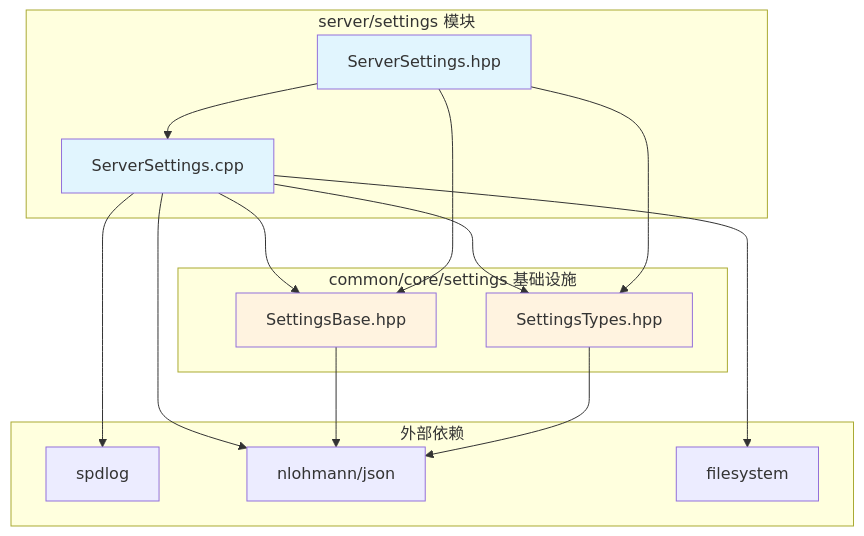
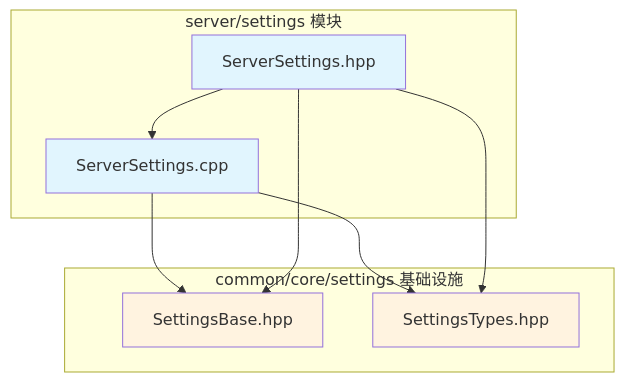
The diagram in src/server/settings/README.md (g122622/Cubium), drawn with Mermaid before and after one commit. The commit also changed other lines of this file and 298 other files, not shown here.

````diff
--- a/src/server/settings/README.md
+++ b/src/server/settings/README.md
@@ -126,32 +15,21 @@
 ```mermaid
 graph TB
     subgraph "server/settings 模块"
         A[ServerSettings.hpp] --> B[ServerSettings.cpp]
     end
 
     subgraph "common/core/settings 基础设施"
         C[SettingsBase.hpp]
         D[SettingsTypes.hpp]
     end
 
-    subgraph "外部依赖"
-        E[spdlog]
-        F[nlohmann/json]
-        G[filesystem]
-    end
-
     B --> C
     B --> D
     A --> C
     A --> D
-    B --> E
-    B --> F
-    B --> G
-    C --> F
-    D --> F
 
     style A fill:#e1f5fe
     style B fill:#e1f5fe
     style C fill:#fff3e0
     style D fill:#fff3e0
 ```
````
